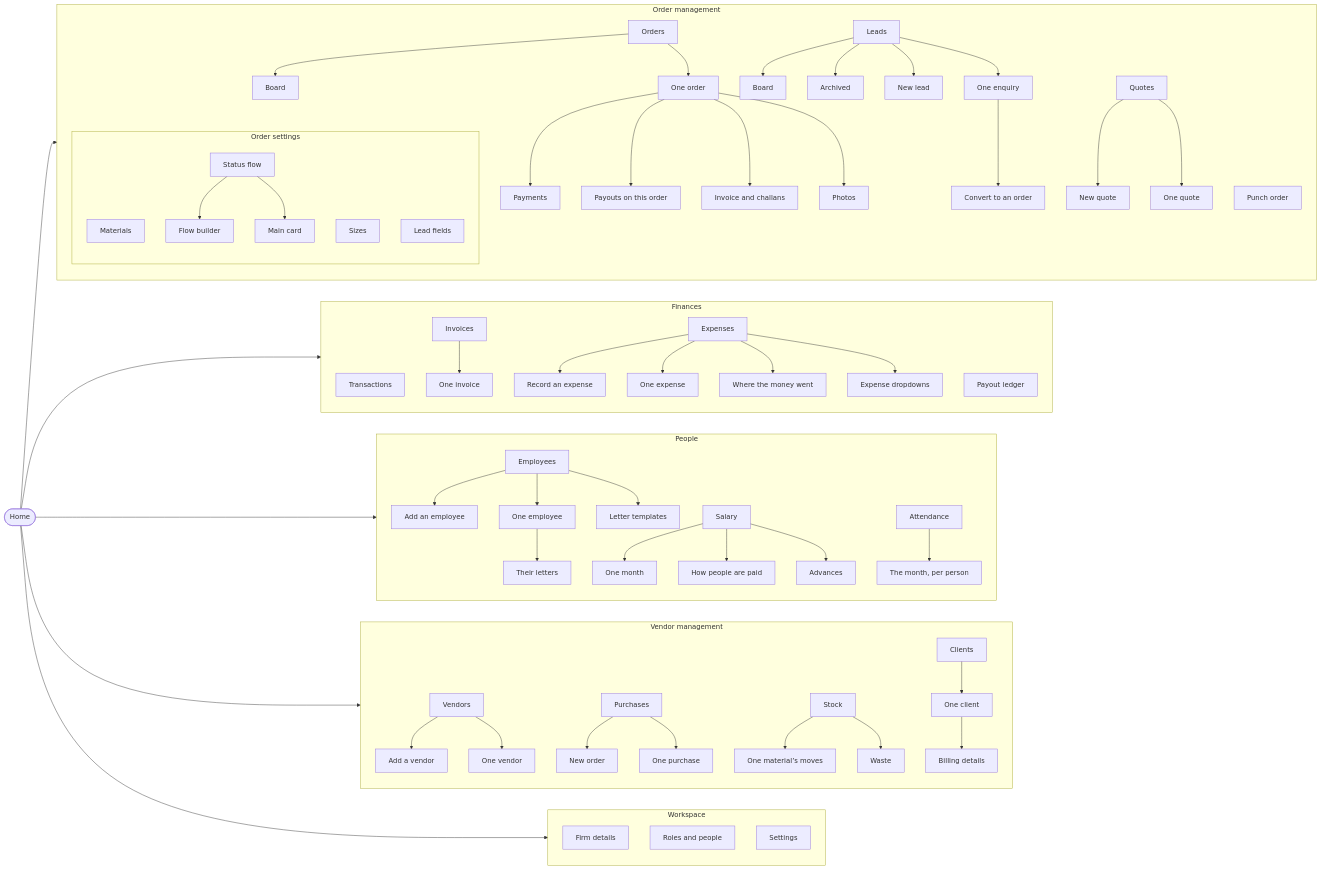
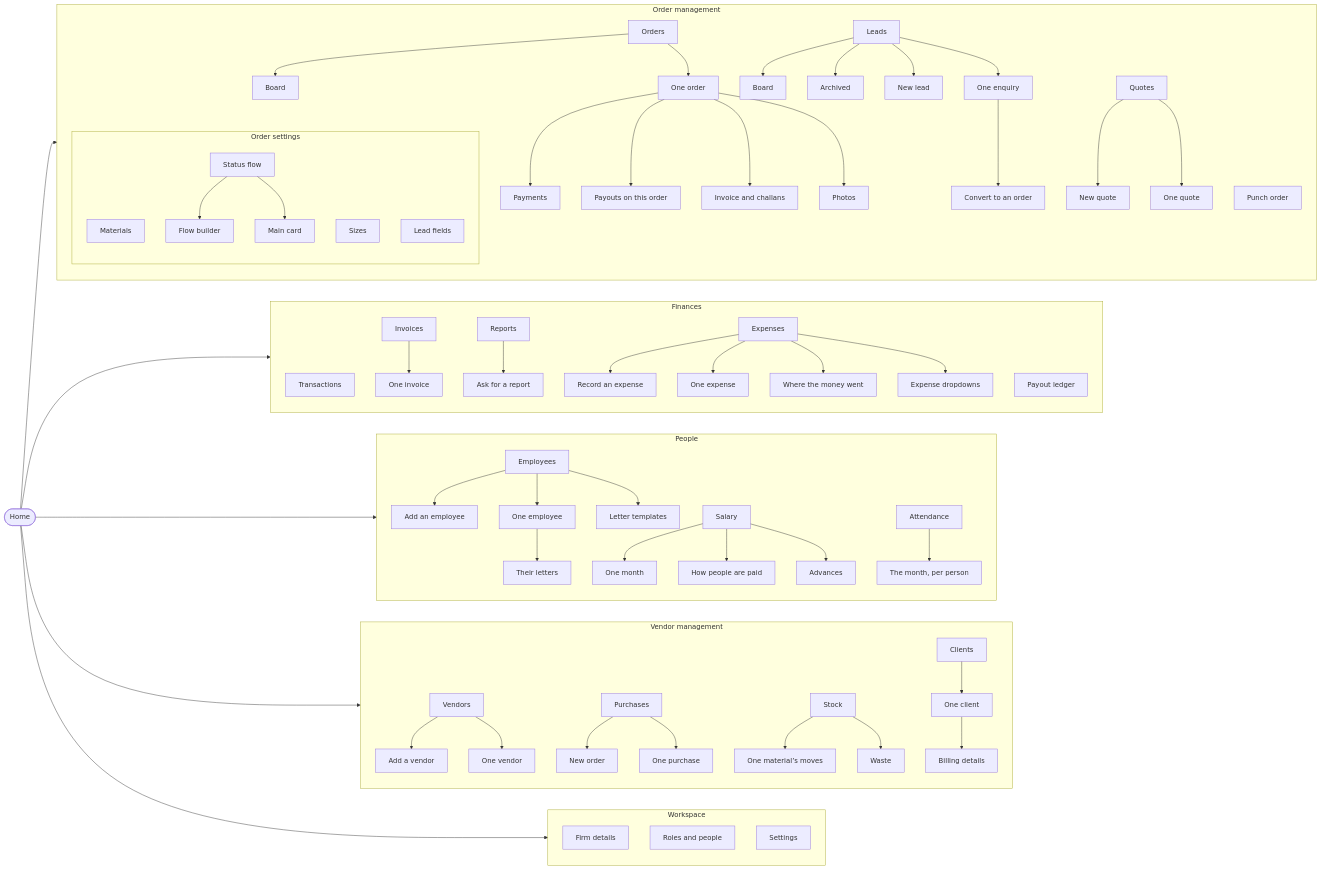
One commit to firstleaptechnologies-coder/factory-automation changed the diagram in docs/NAVIGATION.md. Above: the diagram before and after it, drawn with Mermaid. The commit also changed other lines of this file and 15 other files, not shown here.

```diff
--- a/docs/NAVIGATION.md
+++ b/docs/NAVIGATION.md
@@ -70,6 +70,9 @@
     invoices["Invoices"]
     invoice_detail["One invoice"]
     invoices --> invoice_detail
+    reports["Reports"]
+    report_new["Ask for a report"]
+    reports --> report_new
     expenses["Expenses"]
     expense_form["Record an expense"]
     expenses --> expense_form
```
